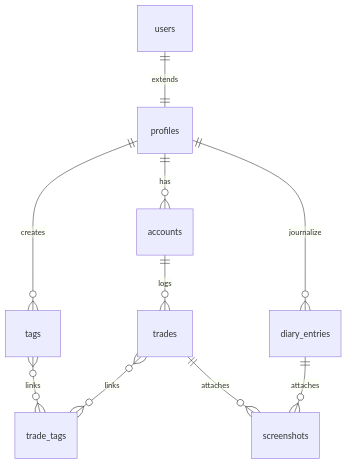
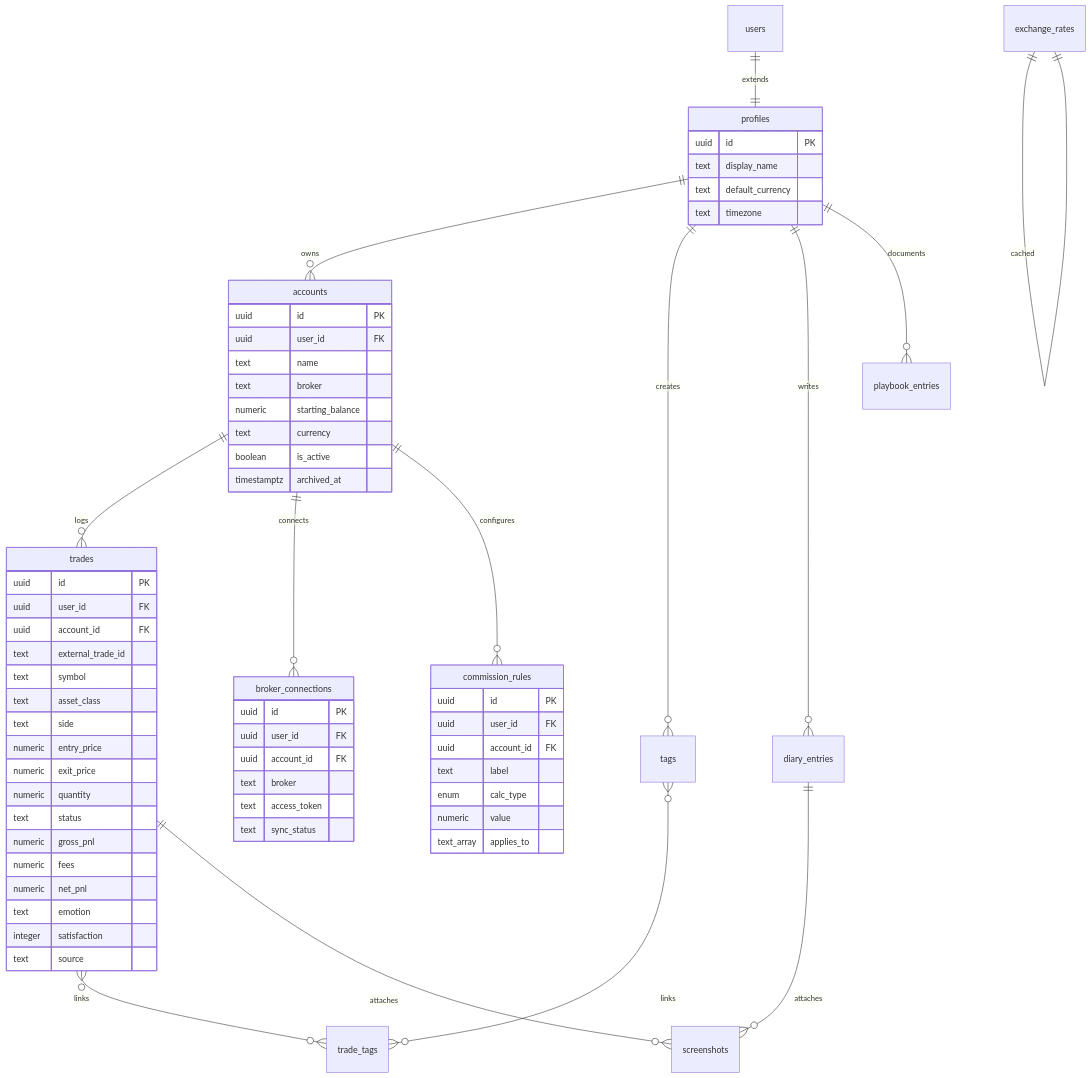
The second of 5 diagrams in docs/architecture.md (drunk-void/peaky-ledger), drawn with Mermaid before and after one commit. The commit also changed other lines of this file and 11 other files, not shown here.

First line of the commit message:
feat: optimize broker data sync and add duplicate prevention (#7)

````diff
--- a/docs/architecture.md
+++ b/docs/architecture.md
@@ -45,12 +101,73 @@
 ```mermaid
 erDiagram
     users ||--|| profiles : "extends"
-    profiles ||--o{ accounts : "has"
+    profiles ||--o{ accounts : "owns"
     accounts ||--o{ trades : "logs"
+    accounts ||--o{ broker_connections : "connects"
+    accounts ||--o{ commission_rules : "configures"
     profiles ||--o{ tags : "creates"
     trades }o--o{ trade_tags : "links"
     tags }o--o{ trade_tags : "links"
-    profiles ||--o{ diary_entries : "journalize"
+    trades ||--o{ screenshots : "attaches"
+    profiles ||--o{ diary_entries : "writes"
     diary_entries ||--o{ screenshots : "attaches"
-    trades ||--o{ screenshots : "attaches"
+    profiles ||--o{ playbook_entries : "documents"
+    exchange_rates ||--|| exchange_rates : "cached"
+
+    profiles {
+        uuid id PK
+        text display_name
+        text default_currency
+        text timezone
+    }
+
+    accounts {
+        uuid id PK
+        uuid user_id FK
+        text name
+        text broker
+        numeric starting_balance
+        text currency
+        boolean is_active
+        timestamptz archived_at
+    }
+
+    trades {
+        uuid id PK
+        uuid user_id FK
+        uuid account_id FK
+        text external_trade_id
+        text symbol
+        text asset_class
+        text side
+        numeric entry_price
+        numeric exit_price
+        numeric quantity
+        text status
+        numeric gross_pnl
+        numeric fees
+        numeric net_pnl
+        text emotion
+        integer satisfaction
+        text source
+    }
+
+    broker_connections {
+        uuid id PK
+        uuid user_id FK
+        uuid account_id FK
+        text broker
+        text access_token
+        text sync_status
+    }
+
+    commission_rules {
+        uuid id PK
+        uuid user_id FK
+        uuid account_id FK
+        text label
+        enum calc_type
+        numeric value
+        text_array applies_to
+    }
 ```
````
